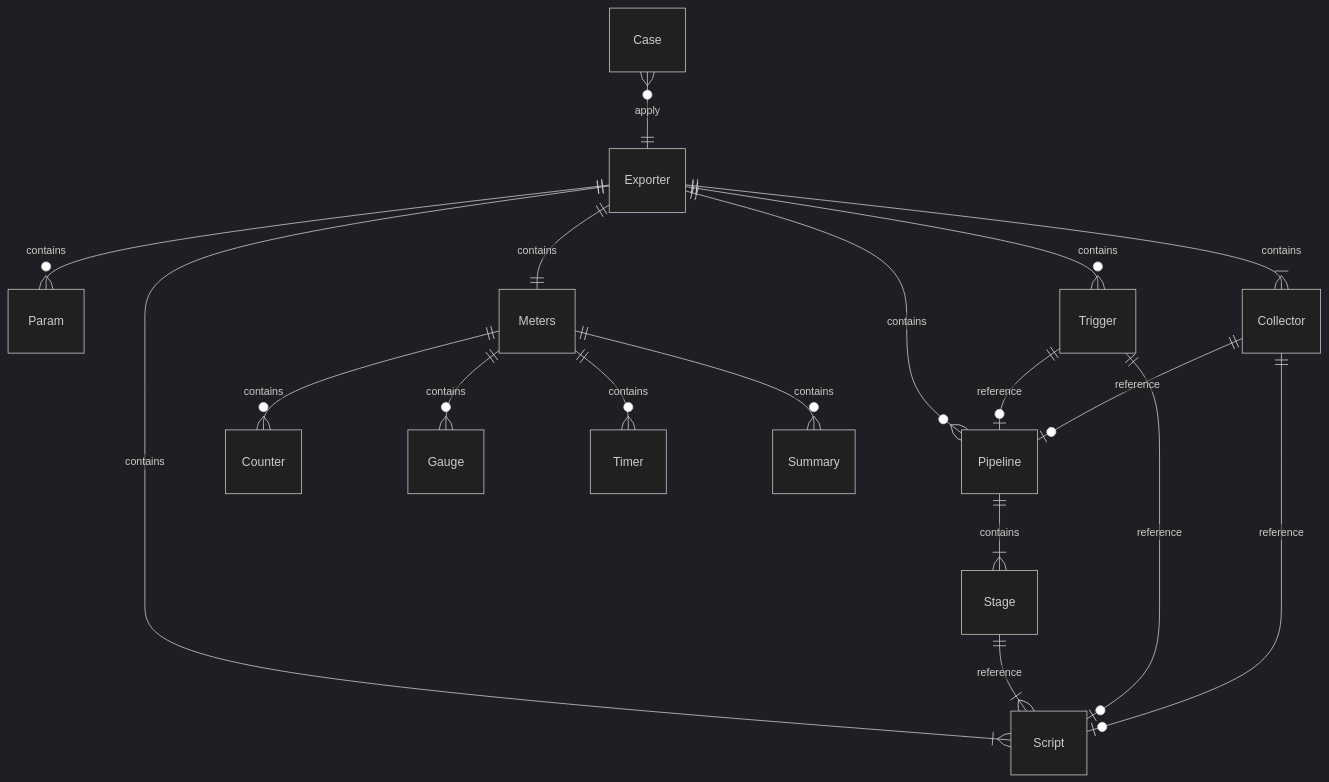
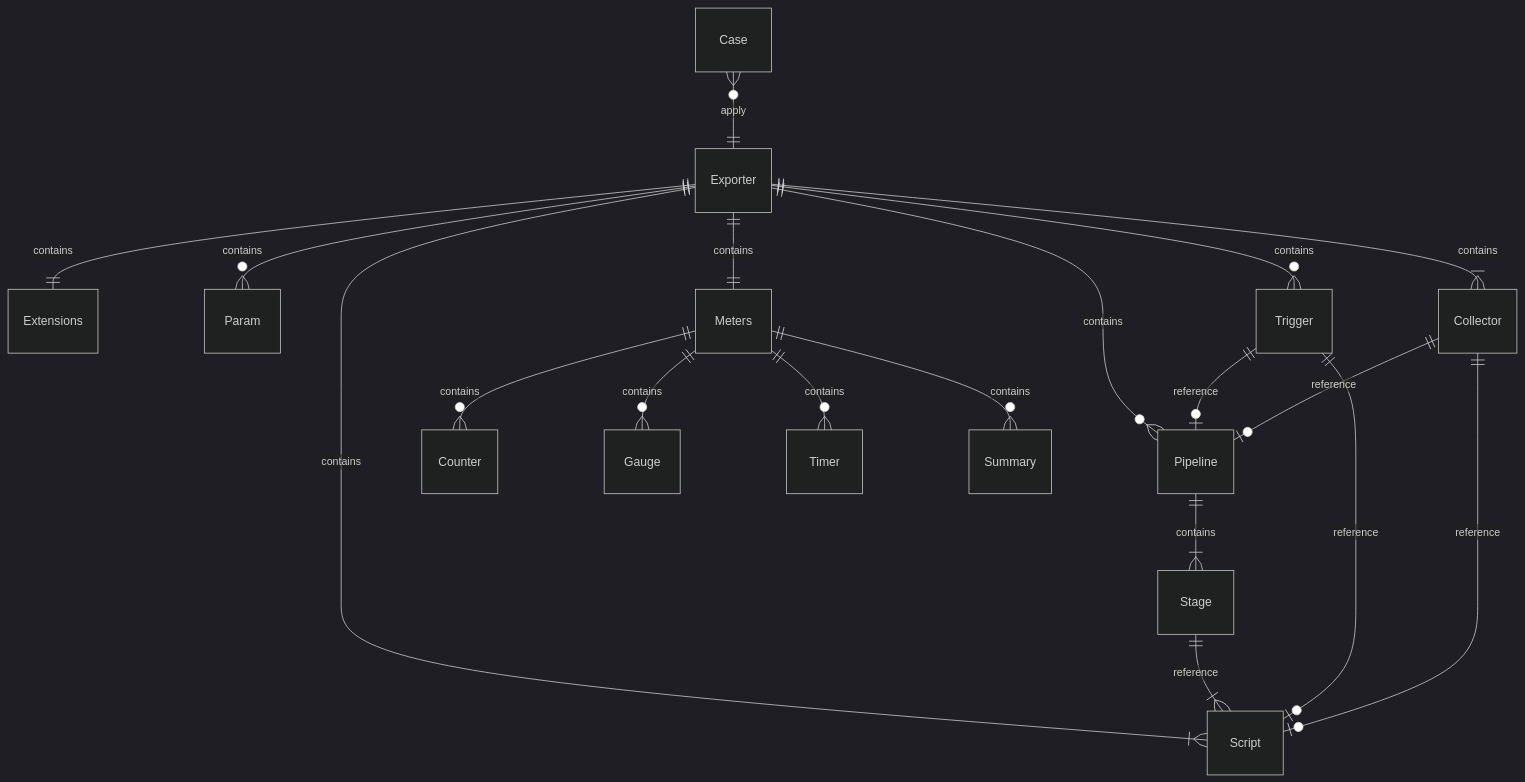
One commit to LaineyC/blackbox changed the first of 3 diagrams in README.md. Above: the diagram before and after it, drawn with Mermaid (dark theme). The commit also changed other lines of this file and 12 other files, not shown here.

````diff
--- a/README.md
+++ b/README.md
@@ -14,25 +14,25 @@
 ```mermaid
 erDiagram
     Case o{ -- ||  Exporter : apply
-
+    Exporter || -- || Extensions : contains
     Exporter || -- }o Param : contains
     Exporter || -- || Meters : contains
     Exporter || -- |{ Script : contains
     Exporter || -- }o Pipeline : contains
     Exporter || -- }o Trigger : contains
     Exporter || -- |{ Collector : contains
     
     Meters || -- }o Counter : contains
     Meters || -- }o Gauge : contains
     Meters || -- }o Timer : contains
     Meters || -- }o Summary : contains
     
     Pipeline || -- |{ Stage : contains
     Stage || -- |{ Script : reference
     
     Trigger || -- o| Pipeline : reference
     Trigger || -- o| Script : reference
 
     Collector || -- o| Pipeline : reference
     Collector || -- o| Script : reference
 ```
````
